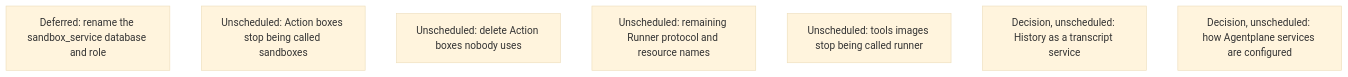
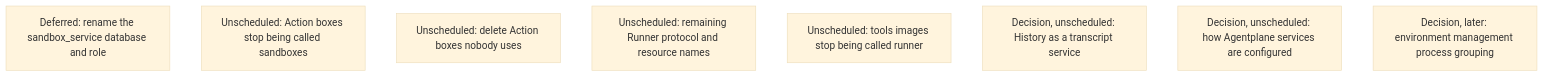
The tenth of 18 diagrams in agentplane/plans/task_dag.md (agentydragon/ducktape), drawn with Mermaid (base theme) before and after one commit. The commit also changed other lines of this file, not shown here.

Commit message:
Plan systemd cleanup dispatch and hold process consolidation for review

````diff
--- a/agentplane/plans/task_dag.md
+++ b/agentplane/plans/task_dag.md
@@ -1909,10 +1963,11 @@
 ```mermaid
 flowchart TD
     HISTORY_DATABASE_RENAME[Deferred: rename the sandbox_service database and role]
     ACTION_BOX_RENAME[Unscheduled: Action boxes stop being called sandboxes]
     ACTION_BOX_IDLE_REAPER[Unscheduled: delete Action boxes nobody uses]
     RUNNER_RENAME[Unscheduled: remaining Runner protocol and resource names]
     RUNNER_IMAGES_RENAME[Unscheduled: tools images stop being called runner]
     HISTORY_SERVICE_RENAME[Decision, unscheduled: History as a transcript service]
     SERVICE_SETTINGS_RETHINK[Decision, unscheduled: how Agentplane services are configured]
+    ENV_MANAGEMENT_PROCESS_CONSOLIDATION_DESIGN[Decision, later: environment management process grouping]
 ```
````
